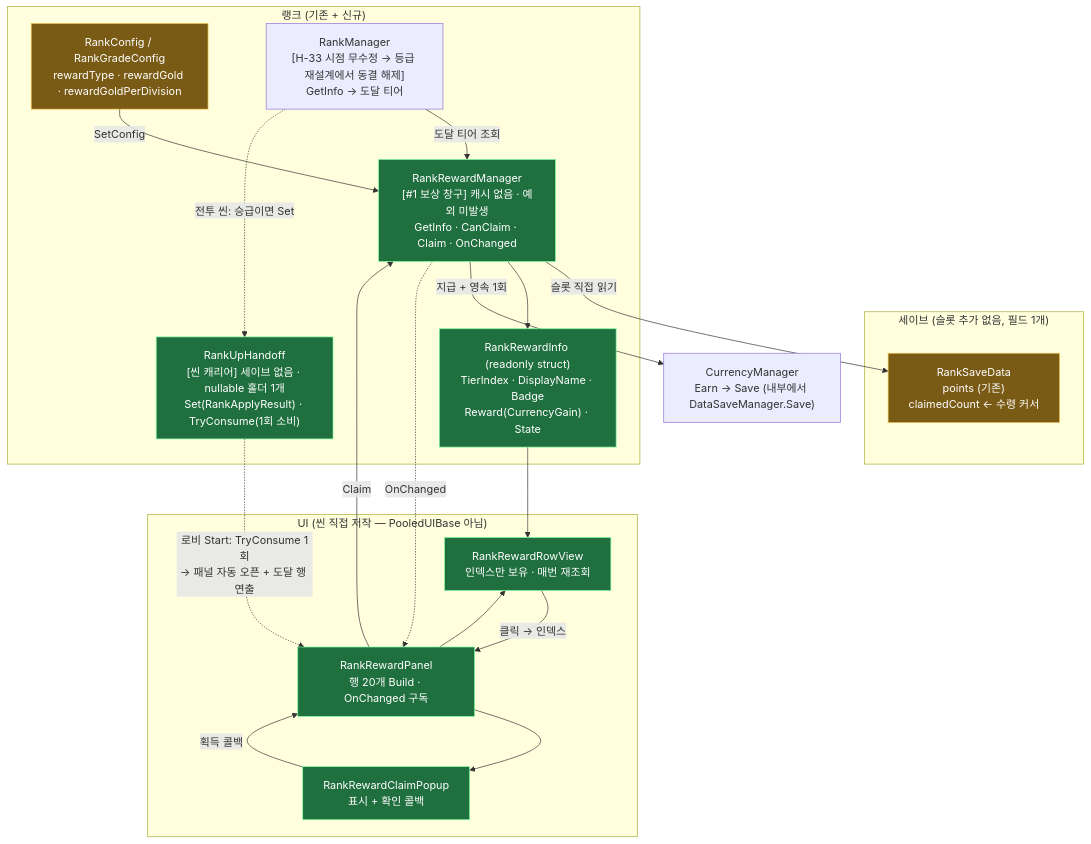
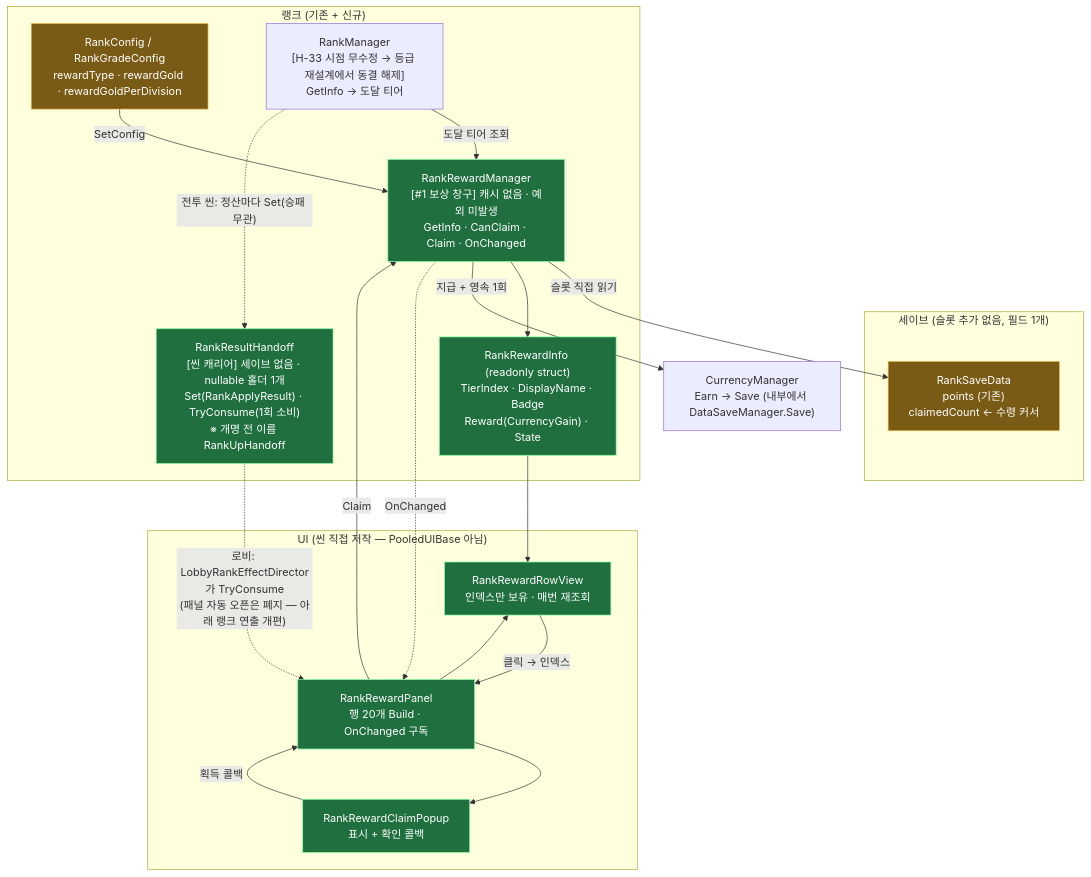
Diagram 14 of 20 in docs/OutGamePlan/STRUCTURE.md (hspark-maker/TeamfightTCG_Migriation), drawn with Mermaid before and after one commit. The commit also changed other lines of this file and 45 other files, not shown here.

````diff
--- a/docs/OutGamePlan/STRUCTURE.md
+++ b/docs/OutGamePlan/STRUCTURE.md
@@ -622,40 +622,40 @@
 ```mermaid
 flowchart TD
     subgraph save["세이브 (슬롯 추가 없음, 필드 1개)"]
         RSD["RankSaveData<br/>points (기존)<br/>claimedCount ← 수령 커서"]:::chg
     end
 
     subgraph rank["랭크 (기존 + 신규)"]
         CFG["RankConfig / RankGradeConfig<br/>rewardType · rewardGold · rewardGoldPerDivision"]:::chg
         MGR["RankManager<br/>[H-33 시점 무수정 → 등급 재설계에서 동결 해제]<br/>GetInfo → 도달 티어"]
         RMGR["RankRewardManager<br/>[#1 보상 창구] 캐시 없음 · 예외 미발생<br/>GetInfo · CanClaim · Claim · OnChanged"]:::new
         INFO["RankRewardInfo (readonly struct)<br/>TierIndex · DisplayName · Badge<br/>Reward(CurrencyGain) · State"]:::new
-        HAND["RankUpHandoff<br/>[씬 캐리어] 세이브 없음 · nullable 홀더 1개<br/>Set(RankApplyResult) · TryConsume(1회 소비)"]:::new
+        HAND["RankResultHandoff<br/>[씬 캐리어] 세이브 없음 · nullable 홀더 1개<br/>Set(RankApplyResult) · TryConsume(1회 소비)<br/>※ 개명 전 이름 RankUpHandoff"]:::new
     end
 
     subgraph ui["UI (씬 직접 저작 — PooledUIBase 아님)"]
         PANEL["RankRewardPanel<br/>행 20개 Build · OnChanged 구독"]:::new
         ROW["RankRewardRowView<br/>인덱스만 보유 · 매번 재조회"]:::new
         POP["RankRewardClaimPopup<br/>표시 + 확인 콜백"]:::new
     end
 
     CUR["CurrencyManager<br/>Earn → Save (내부에서 DataSaveManager.Save)"]
 
     RMGR -->|"슬롯 직접 읽기"| RSD
     CFG -->|SetConfig| RMGR
     MGR -->|"도달 티어 조회"| RMGR
     RMGR --> INFO
     INFO --> ROW
     PANEL --> ROW
     ROW -->|"클릭 → 인덱스"| PANEL
     PANEL --> POP
     POP -->|"획득 콜백"| PANEL
     PANEL -->|Claim| RMGR
     RMGR -->|"지급 + 영속 1회"| CUR
     RMGR -.->|OnChanged| PANEL
-    MGR -.->|"전투 씬: 승급이면 Set"| HAND
-    HAND -.->|"로비 Start: TryConsume 1회<br/>→ 패널 자동 오픈 + 도달 행 연출"| PANEL
+    MGR -.->|"전투 씬: 정산마다 Set(승패 무관)"| HAND
+    HAND -.->|"로비: LobbyRankEffectDirector가 TryConsume<br/>(패널 자동 오픈은 폐지 — 아래 랭크 연출 개편)"| PANEL
 
     classDef new fill:#1f6f3f,stroke:#7CFC9E,color:#fff;
     classDef chg fill:#7a5b16,stroke:#f2c14e,color:#fff;
 ```
````
